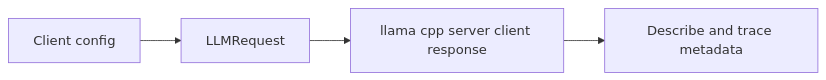
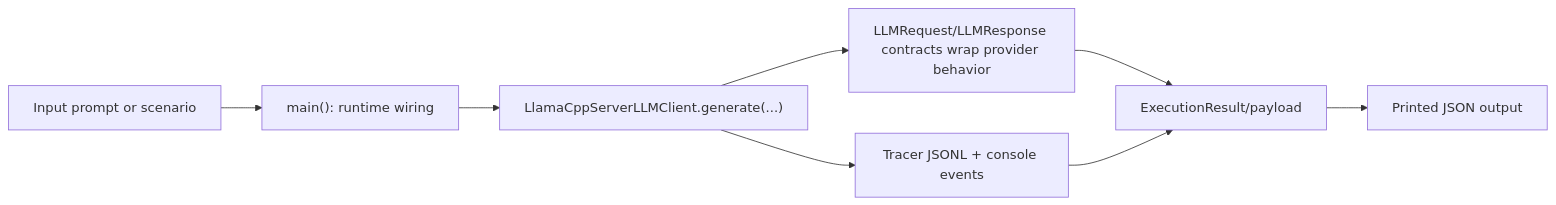
Before and after one commit to cmudrc/design-research-agents: the diagram in docs/examples/clients/llama_cpp_server_client.rst, drawn with Mermaid. The commit also changed other lines of this file and 83 other files, not shown here.

```diff
--- a/docs/examples/clients/llama_cpp_server_client.rst
+++ b/docs/examples/clients/llama_cpp_server_client.rst
@@ -21,6 +22,10 @@
 .. mermaid::
 
    flowchart LR
-       A["Client config"] --> B["LLMRequest"]
-       B --> C["llama cpp server client response"]
-       C --> D["Describe and trace metadata"]
+       A["Input prompt or scenario"] --> B["main(): runtime wiring"]
+       B --> C["LlamaCppServerLLMClient.generate(...)"]
+       C --> D["LLMRequest/LLMResponse contracts wrap provider behavior"]
+       C --> E["Tracer JSONL + console events"]
+       D --> F["ExecutionResult/payload"]
+       E --> F
+       F --> G["Printed JSON output"]
```
